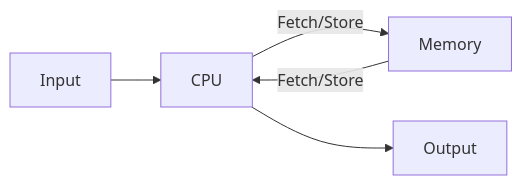
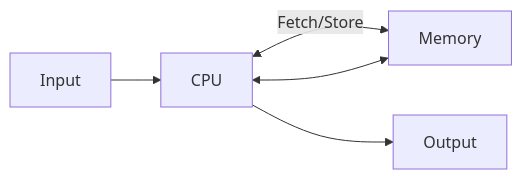
Before and after one commit to nghess/neuromorphic: the diagram in neuromorphic_v.1.qmd, drawn with Mermaid. The commit also changed other lines of this file and 1 other file, not shown here.

````diff
--- a/neuromorphic_v.1.qmd
+++ b/neuromorphic_v.1.qmd
@@ -23,7 +23,7 @@
 ```{mermaid}
 flowchart LR
     Input --> CPU
-    CPU -->|Fetch/Store| Memory
-    Memory -->|Fetch/Store| CPU
+    CPU <-->|Fetch/Store| Memory
+    Memory <--> CPU
     CPU --> Output
 ```
````
